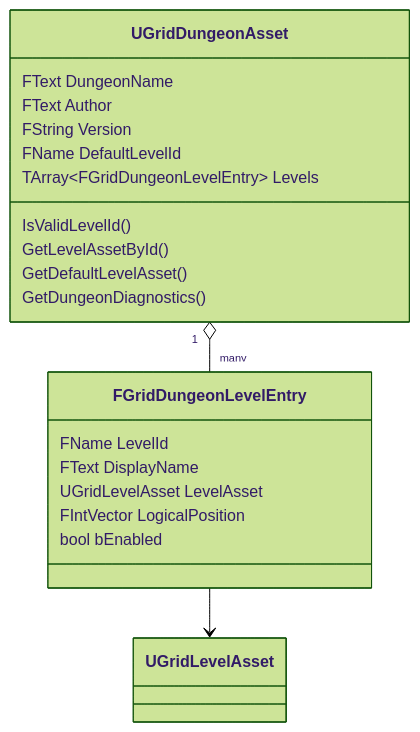
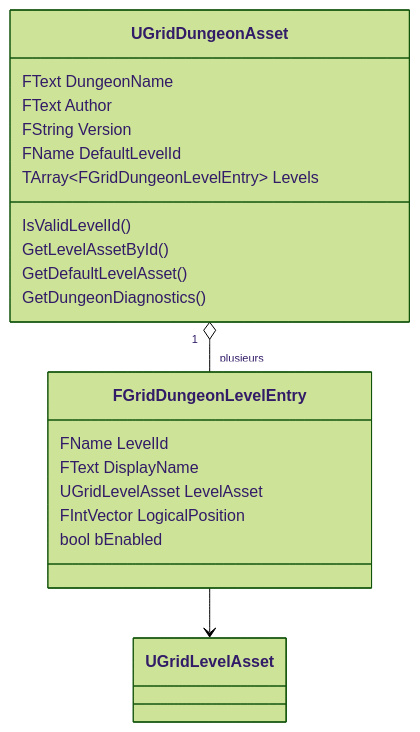
The second of 9 diagrams in docs/Architecture/CORE_DUNGEON_LEVEL_GRID.md (PhilippeMartin1964/GrimrockPrototype), drawn with Mermaid (forest theme) before and after one commit. The commit also changed other lines of this file, not shown here.

Commit message:
Translate core dungeon level grid documentation to French

````diff
--- a/docs/Architecture/CORE_DUNGEON_LEVEL_GRID.md
+++ b/docs/Architecture/CORE_DUNGEON_LEVEL_GRID.md
@@ -194,25 +198,25 @@
 ```mermaid
 classDiagram
     class UGridDungeonAsset {
         FText DungeonName
         FText Author
         FString Version
         FName DefaultLevelId
         TArray~FGridDungeonLevelEntry~ Levels
         IsValidLevelId()
         GetLevelAssetById()
         GetDefaultLevelAsset()
         GetDungeonDiagnostics()
     }
 
     class FGridDungeonLevelEntry {
         FName LevelId
         FText DisplayName
         UGridLevelAsset LevelAsset
         FIntVector LogicalPosition
         bool bEnabled
     }
 
-    UGridDungeonAsset "1" o-- "many" FGridDungeonLevelEntry
+    UGridDungeonAsset "1" o-- "plusieurs" FGridDungeonLevelEntry
     FGridDungeonLevelEntry --> UGridLevelAsset
 ```
````
